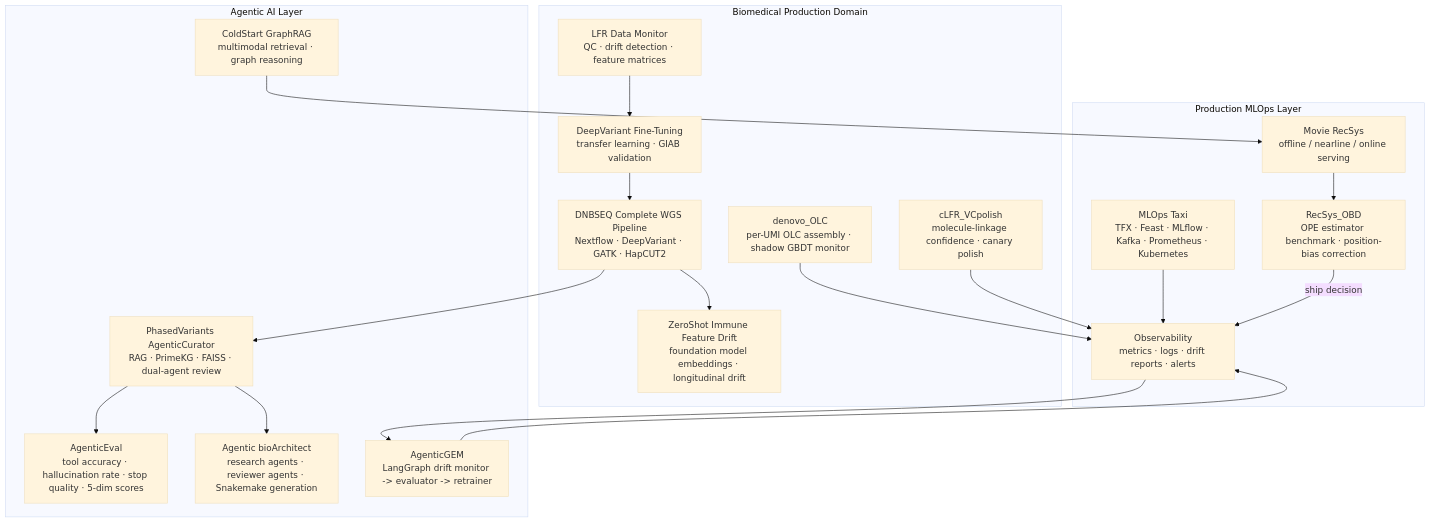
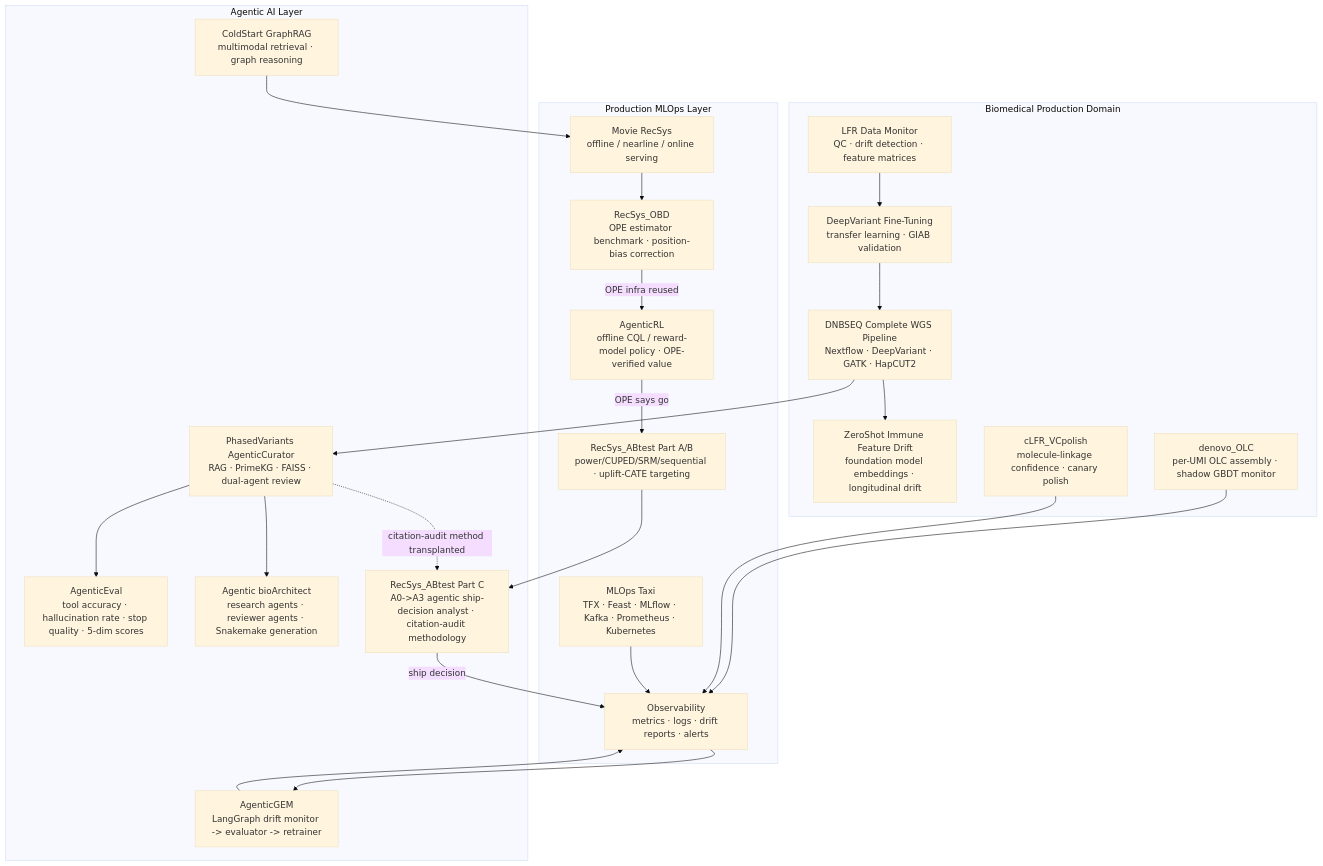
The diagram in README.md (arcadianlyric/AppliedML_AgenticAI_MLOps), drawn with Mermaid (base theme) before and after one commit. The commit also changed other lines of this file and 2 other files, not shown here.

````diff
--- a/README.md
+++ b/README.md
@@ -79,41 +125,48 @@
 ```mermaid
 flowchart TD
     subgraph DOMAIN["Biomedical Production Domain"]
         WGS["DNBSEQ Complete WGS Pipeline<br/>Nextflow · DeepVariant · GATK · HapCUT2"]
         LFR["LFR Data Monitor<br/>QC · drift detection · feature matrices"]
         DV["DeepVariant Fine-Tuning<br/>transfer learning · GIAB validation"]
         IMM["ZeroShot Immune Feature Drift<br/>foundation model embeddings · longitudinal drift"]
         OLC["denovo_OLC<br/>per-UMI OLC assembly · shadow GBDT monitor"]
         VCP["cLFR_VCpolish<br/>molecule-linkage confidence · canary polish"]
     end
 
     subgraph AGENT["Agentic AI Layer"]
         CUR["PhasedVariants AgenticCurator<br/>RAG · PrimeKG · FAISS · dual-agent review"]
         EVAL["AgenticEval<br/>tool accuracy · hallucination rate · stop quality · 5-dim scores"]
         BIO["Agentic bioArchitect<br/>research agents · reviewer agents · Snakemake generation"]
         GEM["AgenticGEM<br/>LangGraph drift monitor -> evaluator -> retrainer"]
         GRAG["ColdStart GraphRAG<br/>multimodal retrieval · graph reasoning"]
+        ABT["RecSys_ABtest Part C<br/>A0->A3 agentic ship-decision analyst · citation-audit methodology"]
     end
 
     subgraph MLOPS["Production MLOps Layer"]
         TAXI["MLOps Taxi<br/>TFX · Feast · MLflow · Kafka · Prometheus · Kubernetes"]
         RECSYS["Movie RecSys<br/>offline / nearline / online serving"]
         OBD["RecSys_OBD<br/>OPE estimator benchmark · position-bias correction"]
+        RL["AgenticRL<br/>offline CQL / reward-model policy · OPE-verified value"]
+        ABAB["RecSys_ABtest Part A/B<br/>power/CUPED/SRM/sequential · uplift-CATE targeting"]
         OBS["Observability<br/>metrics · logs · drift reports · alerts"]
     end
 
     LFR --> DV
     DV --> WGS
     WGS --> CUR
     WGS --> IMM
     CUR --> EVAL
     CUR --> BIO
+    CUR -. "citation-audit method transplanted" .-> ABT
     OLC --> OBS
     VCP --> OBS
     GEM --> OBS
     TAXI --> OBS
     RECSYS --> OBD
-    OBD -- "ship decision" --> OBS
+    OBD -- "OPE infra reused" --> RL
+    RL -- "OPE says go" --> ABAB
+    ABAB --> ABT
+    ABT -- "ship decision" --> OBS
     GRAG --> RECSYS
     OBS --> GEM
 ```
````
